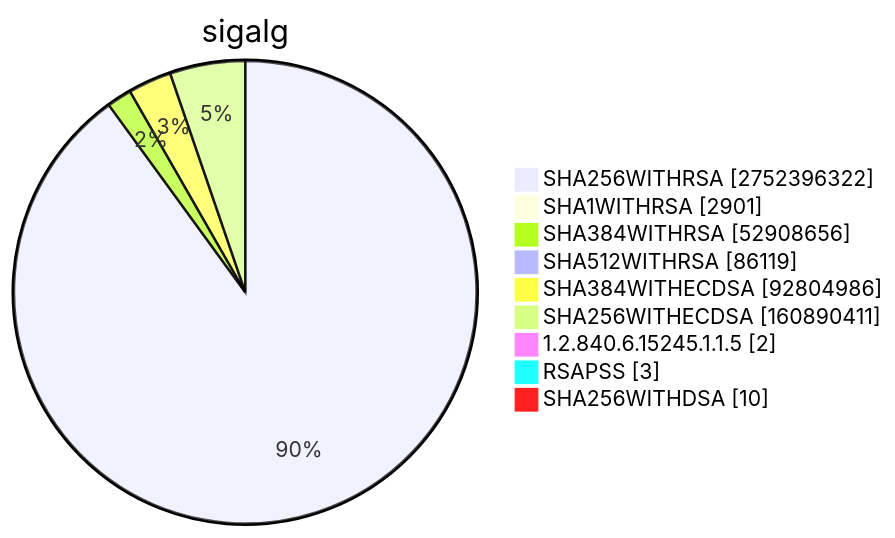
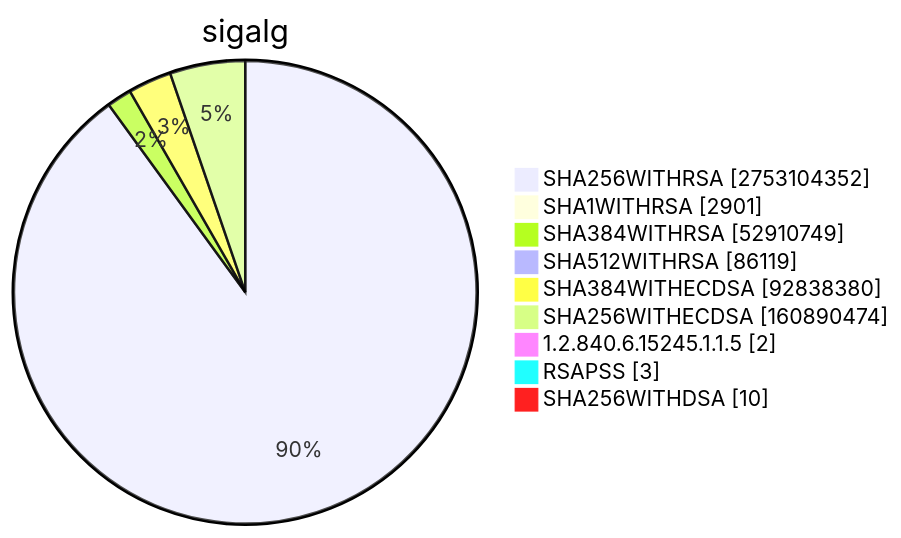
One commit to christiankrug/ctmonitor_visualization changed diagram 15 of 15 in TOTAL/README.md. Above: the diagram before and after it, drawn with Mermaid. The commit also changed other lines of this file, not shown here.

````diff
--- a/TOTAL/README.md
+++ b/TOTAL/README.md
@@ -6207,13 +6207,13 @@
 ```mermaid
 pie showData
 title sigalg
-"SHA256WITHRSA" :2752396322
+"SHA256WITHRSA" :2753104352
 "SHA1WITHRSA" :2901
-"SHA384WITHRSA" :52908656
+"SHA384WITHRSA" :52910749
 "SHA512WITHRSA" :86119
-"SHA384WITHECDSA" :92804986
-"SHA256WITHECDSA" :160890411
+"SHA384WITHECDSA" :92838380
+"SHA256WITHECDSA" :160890474
 "1.2.840.6.15245.1.1.5" :2
 "RSAPSS" :3
 "SHA256WITHDSA" :10
 ```
````
